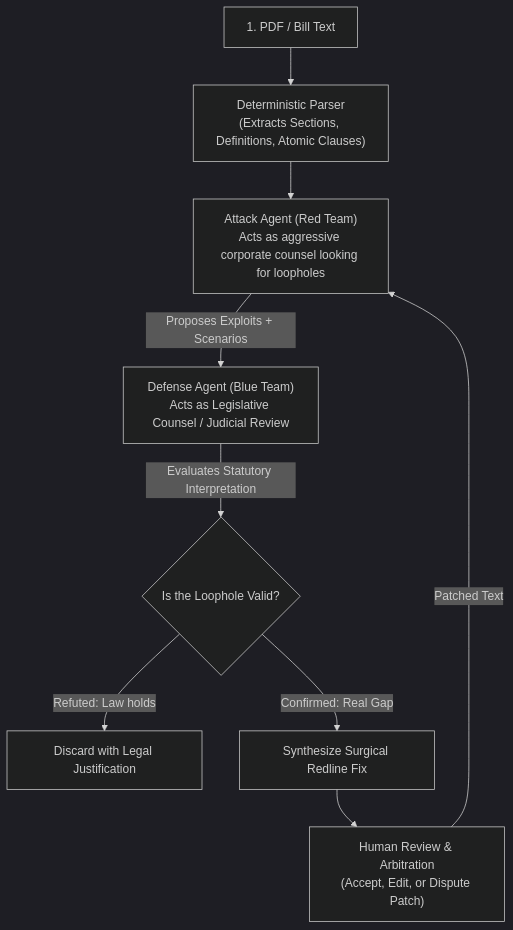
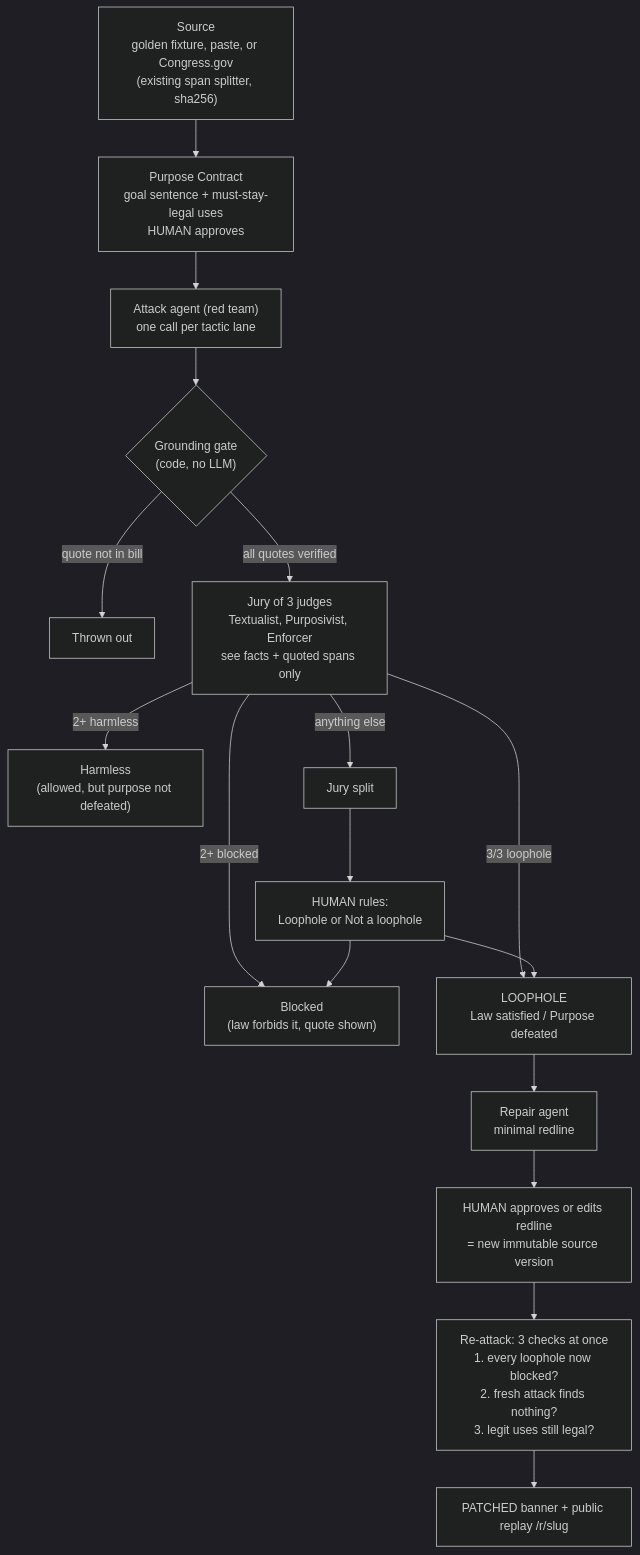
The diagram in docs/plans/new_architecture.md (Spkap/LexHacks), drawn with Mermaid (dark theme) before and after one commit. The commit also changed other lines of this file and 6 other files, not shown here.

````diff
--- a/docs/plans/new_architecture.md
+++ b/docs/plans/new_architecture.md
@@ -9,11 +29,19 @@
 ```mermaid
 flowchart TD
-    A["1. PDF / Bill Text"] --> B["Deterministic Parser<br/>(Extracts Sections, Definitions, Atomic Clauses)"]
-    B --> C["Attack Agent (Red Team)<br/>Acts as aggressive corporate counsel looking for loopholes"]
-    C -->|Proposes Exploits + Scenarios| D["Defense Agent (Blue Team)<br/>Acts as Legislative Counsel / Judicial Review"]
-    D -->|Evaluates Statutory Interpretation| E{"Is the Loophole Valid?"}
-    E -->|Refuted: Law holds| F["Discard with Legal Justification"]
-    E -->|Confirmed: Real Gap| G["Synthesize Surgical Redline Fix"]
-    G --> H["Human Review & Arbitration<br/>(Accept, Edit, or Dispute Patch)"]
-    H -->|Patched Text| C
+    A["Source<br/>golden fixture, paste, or Congress.gov<br/>(existing span splitter, sha256)"] --> P["Purpose Contract<br/>goal sentence + must-stay-legal uses<br/>HUMAN approves"]
+    P --> C["Attack agent (red team)<br/>one call per tactic lane"]
+    C --> G{"Grounding gate<br/>(code, no LLM)"}
+    G -->|quote not in bill| X["Thrown out"]
+    G -->|all quotes verified| D["Jury of 3 judges<br/>Textualist, Purposivist, Enforcer<br/>see facts + quoted spans only"]
+    D -->|2+ blocked| F["Blocked<br/>(law forbids it, quote shown)"]
+    D -->|2+ harmless| N["Harmless<br/>(allowed, but purpose not defeated)"]
+    D -->|3/3 loophole| L["LOOPHOLE<br/>Law satisfied / Purpose defeated"]
+    D -->|anything else| Q["Jury split"]
+    Q --> HJ["HUMAN rules:<br/>Loophole or Not a loophole"]
+    HJ --> L
+    HJ --> F
+    L --> R["Repair agent<br/>minimal redline"]
+    R --> H["HUMAN approves or edits redline<br/>= new immutable source version"]
+    H --> T["Re-attack: 3 checks at once<br/>1. every loophole now blocked?<br/>2. fresh attack finds nothing?<br/>3. legit uses still legal?"]
+    T --> RP["PATCHED banner + public replay /r/slug"]
 ```
````
